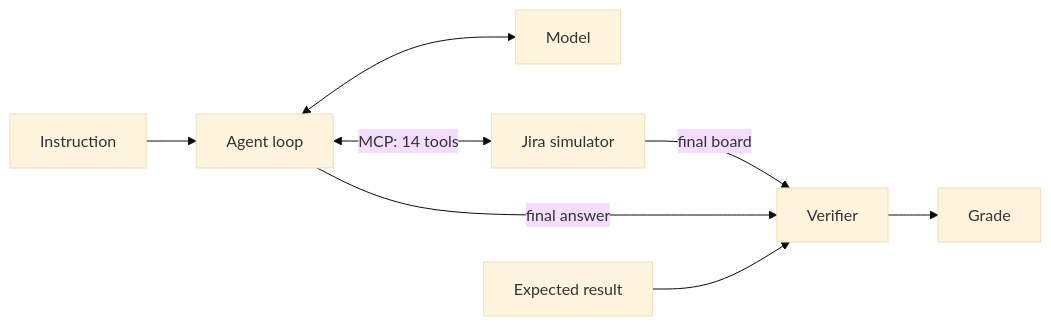
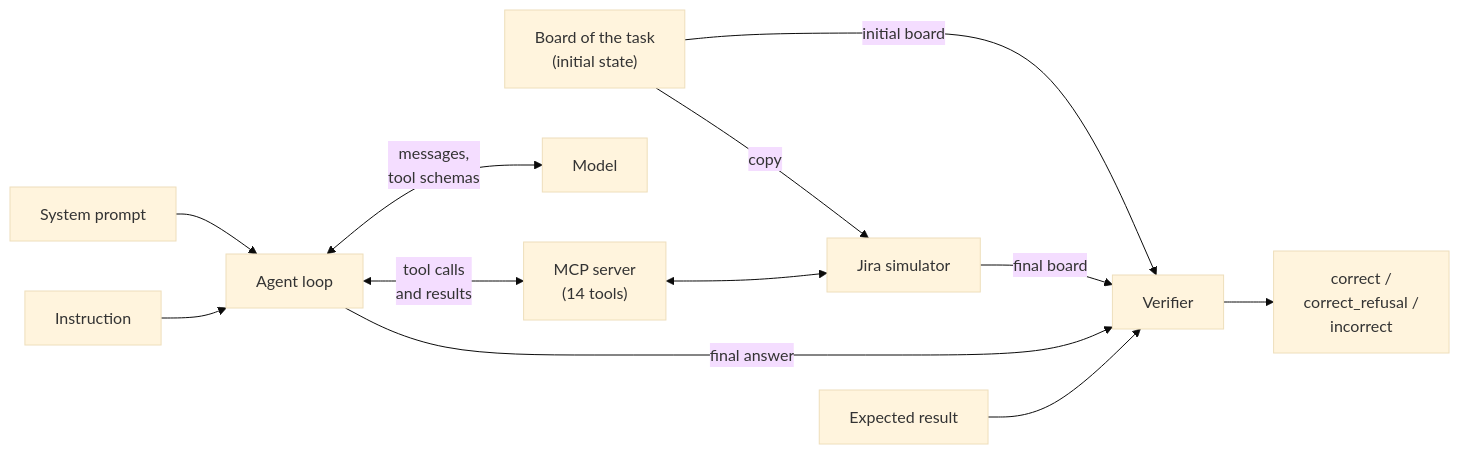
The diagram in docs/E1_REPORT.md (FilipLangiewicz/RLTrainedMCPAgent), drawn with Mermaid (base theme) before and after one commit. The commit also changed other lines of this file and 1 other file, not shown here.

Commit message:
Add all data sets to the report of E1 and correct the diagram

````diff
--- a/docs/E1_REPORT.md
+++ b/docs/E1_REPORT.md
@@ -15,10 +15,14 @@
 ```mermaid
 flowchart LR
-    I["Instruction"] --> A["Agent loop"]
-    A <--> M["Model"]
-    A <-->|"MCP: 14 tools"| S["Jira simulator"]
-    S -->|final board| V["Verifier"]
+    B["Board of the task<br/>(initial state)"] -->|copy| SIM["Jira simulator"]
+    P["System prompt"] --> A["Agent loop"]
+    I["Instruction"] --> A
+    A <-->|"messages,<br/>tool schemas"| M["Model"]
+    A <-->|"tool calls<br/>and results"| S["MCP server<br/>(14 tools)"]
+    S <--> SIM
+    B -->|initial board| V["Verifier"]
+    SIM -->|final board| V
     A -->|final answer| V
     X["Expected result"] --> V
-    V --> G["Grade"]
+    V --> G["correct /<br/>correct_refusal /<br/>incorrect"]
 ```
````
